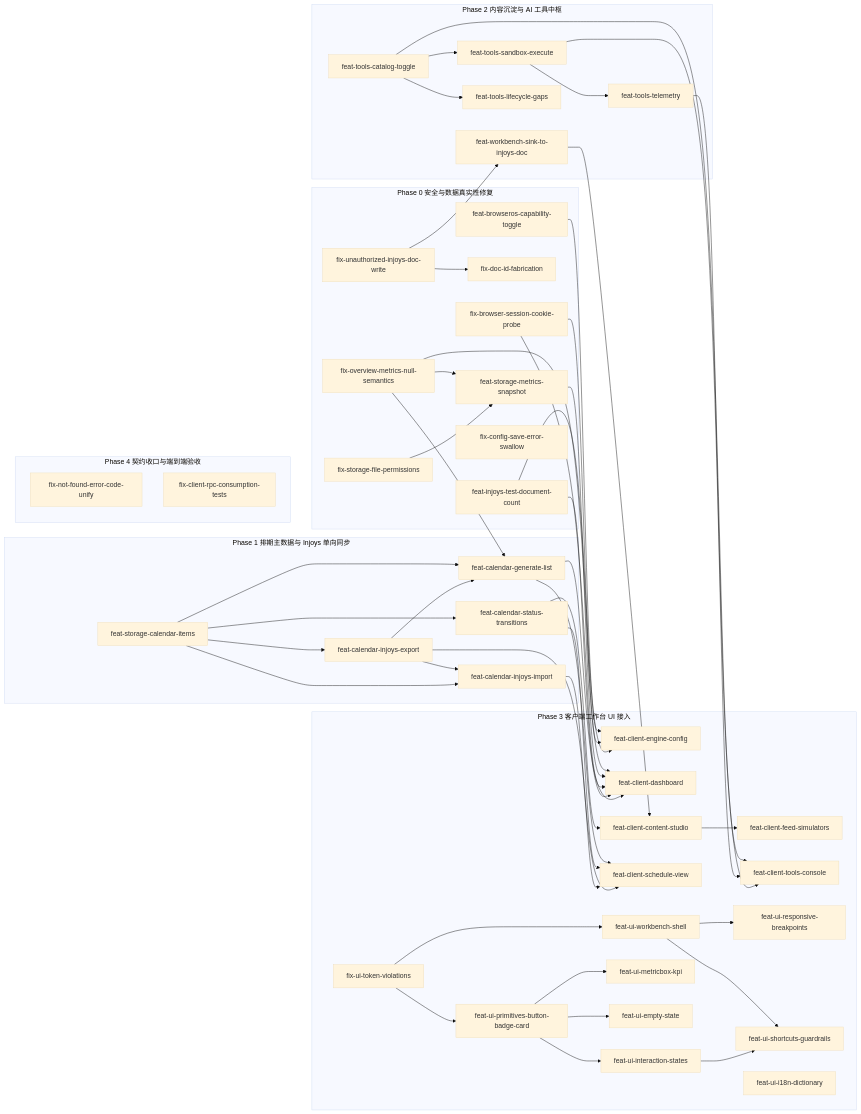
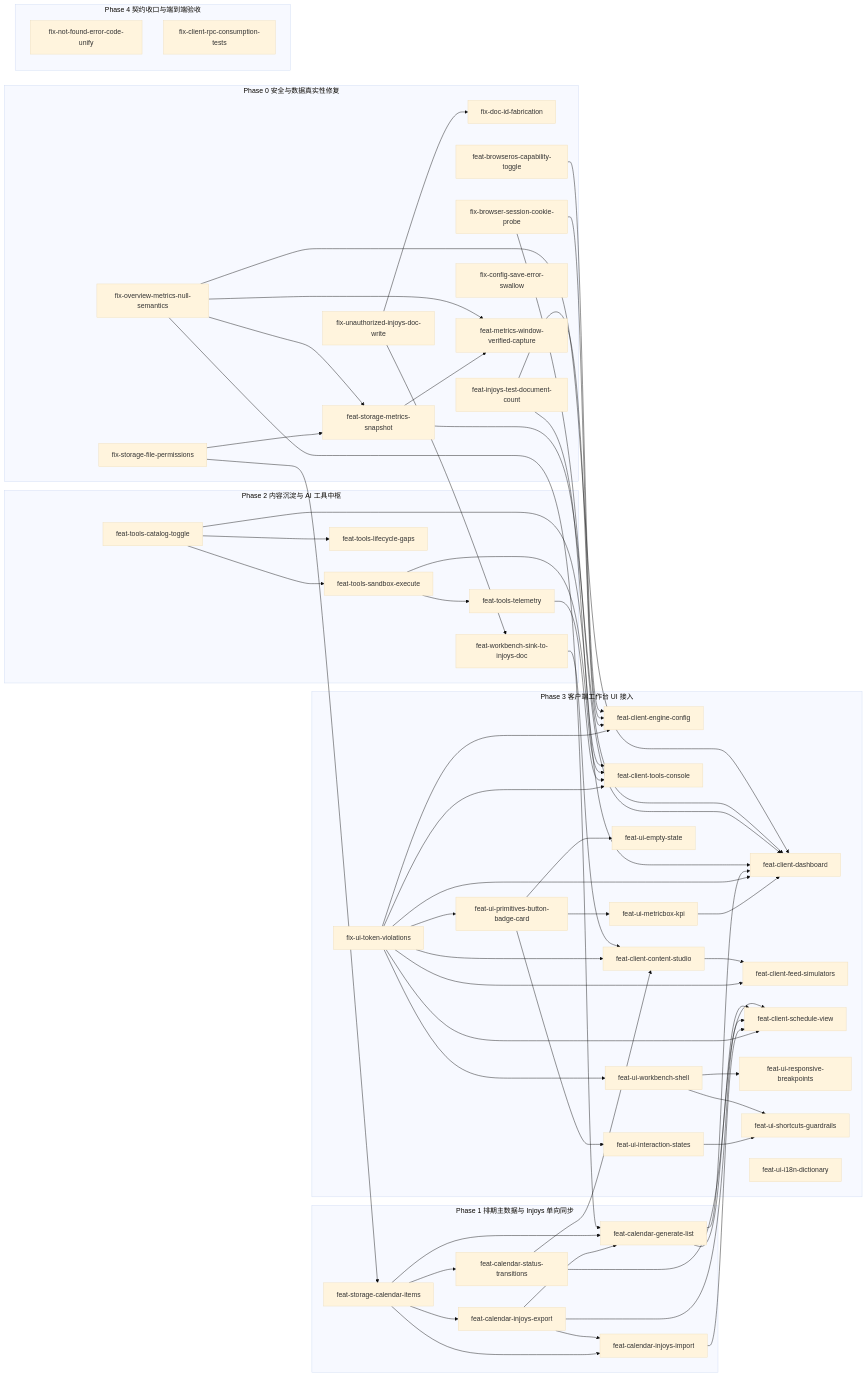
Before and after one commit to InJoysAI/dsh-growth-studio: the diagram in openspec/proposal-roadmap.md, drawn with Mermaid (base theme). The commit also changed other lines of this file and 3 other files, not shown here.

First line of the commit message:
docs(roadmap): close plan-check P1/P2 findings

```diff
--- a/openspec/proposal-roadmap.md
+++ b/openspec/proposal-roadmap.md
@@ -86,6 +86,7 @@
         A7["fix-storage-file-permissions"]
         A8["feat-injoys-test-document-count"]
         A9["fix-config-save-error-swallow"]
+        A10["feat-metrics-window-verified-capture"]
     end
     subgraph P1["Phase 1 排期主数据与 Injoys 单向同步"]
         B1["feat-storage-calendar-items"]
@@ -125,6 +126,9 @@
 
     A1 --> A2
     A7 --> A2
+    A1 --> A10
+    A2 --> A10
+    A7 --> B1
     A1 --> B2
     A1 --> D2
     A2 --> D2
@@ -160,8 +164,15 @@
     D3 --> D4
 
     D7 --> D8
+    D7 --> D1
+    D7 --> D2
+    D7 --> D3
+    D7 --> D4
+    D7 --> D5
+    D7 --> D6
     D7 --> D9
     D9 --> D10
+    D10 --> D2
     D9 --> D11
     D9 --> D12
     D8 --> D13
```
